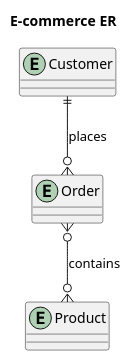
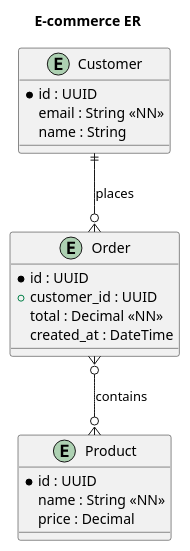
Before and after one commit to Salvadore1987/uml-drawerjs: the diagram in packages/core/__fixtures__/er/sample.puml, drawn with PlantUML. The commit also changed 16 other files, not shown here.

Commit message:
feat(er): Added Entity relationships diagrams

```diff
--- a/packages/core/__fixtures__/er/sample.puml
+++ b/packages/core/__fixtures__/er/sample.puml
@@ -1,11 +1,26 @@
 @startuml ER
 title E-commerce ER
 
-entity Customer
-entity Order
-entity Product
+entity Customer {
+  * id : UUID
+  email : String <<NN>>
+  name : String
+}
+
+entity Order {
+  * id : UUID
+  + customer_id : UUID
+  total : Decimal <<NN>>
+  created_at : DateTime
+}
+
+entity Product {
+  * id : UUID
+  name : String <<NN>>
+  price : Decimal
+}
 
 Customer ||--o{ Order : places
 Order }o--o{ Product : contains
 
 @enduml
```
